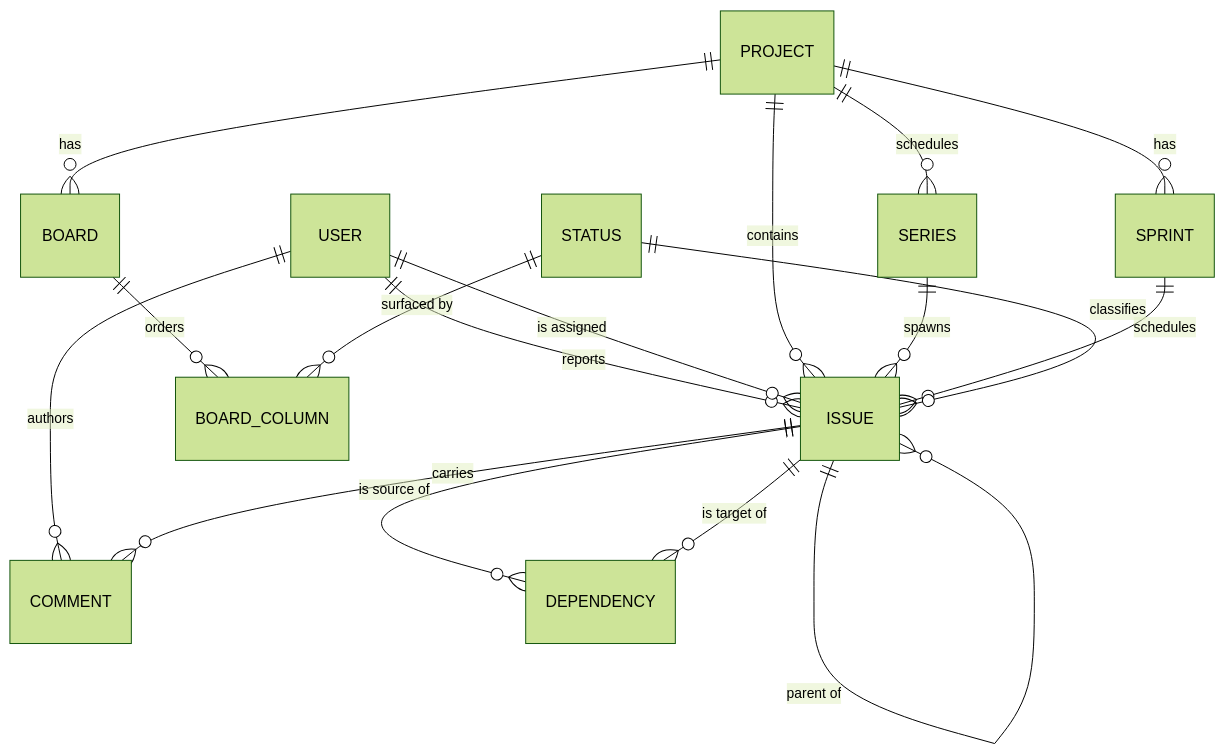
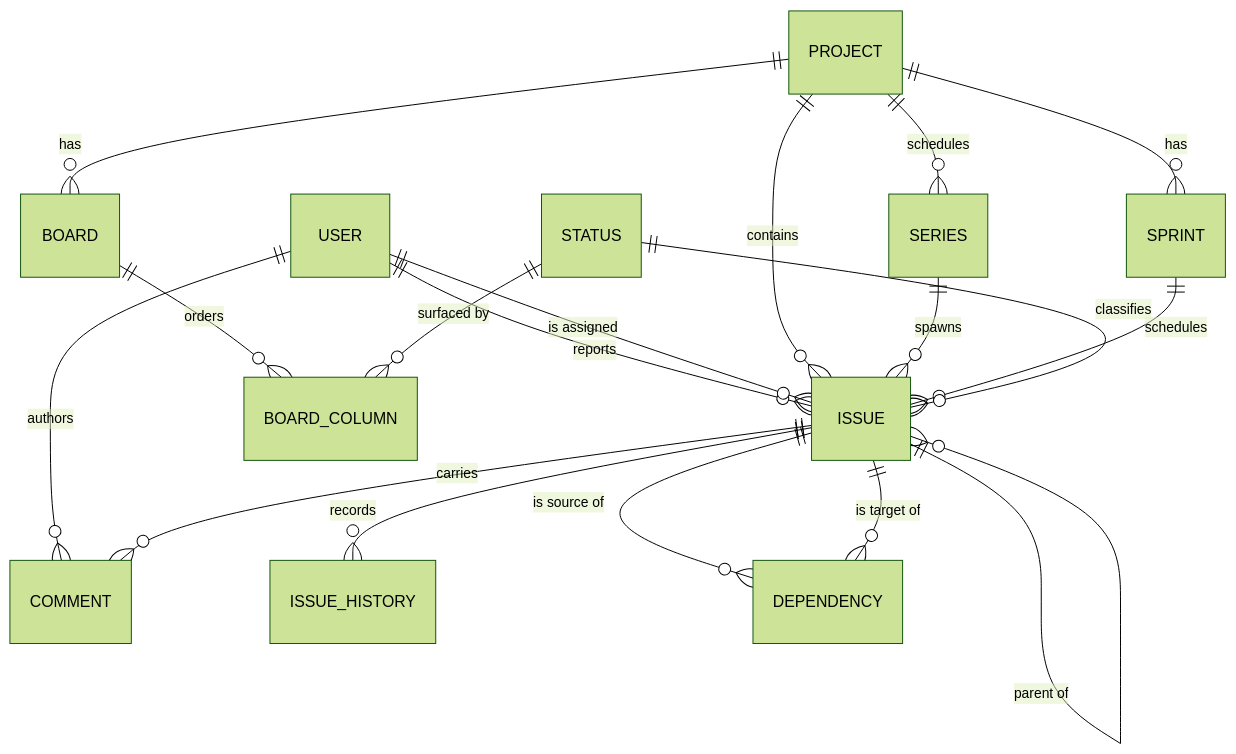
One commit to Mathotics/Keel changed the diagram in docs/architecture/domain-model.md. Above: the diagram before and after it, drawn with Mermaid (forest theme). The commit also changed other lines of this file and 30 other files, not shown here.

````diff
--- a/docs/architecture/domain-model.md
+++ b/docs/architecture/domain-model.md
@@ -9,23 +9,24 @@
 ```mermaid
 erDiagram
   USER ||--o{ ISSUE : "reports"
   USER ||--o{ ISSUE : "is assigned"
   USER ||--o{ COMMENT : "authors"
 
   PROJECT ||--o{ ISSUE : "contains"
   PROJECT ||--o{ BOARD : "has"
   PROJECT ||--o{ SPRINT : "has"
   PROJECT ||--o{ SERIES : "schedules"
   SERIES ||--o{ ISSUE : "spawns"
 
   ISSUE ||--o{ ISSUE : "parent of"
   SPRINT ||--o{ ISSUE : "schedules"
   STATUS ||--o{ ISSUE : "classifies"
   ISSUE ||--o{ COMMENT : "carries"
+  ISSUE ||--o{ ISSUE_HISTORY : "records"
 
   BOARD ||--o{ BOARD_COLUMN : "orders"
   STATUS ||--o{ BOARD_COLUMN : "surfaced by"
 
   ISSUE ||--o{ DEPENDENCY : "is source of"
   ISSUE ||--o{ DEPENDENCY : "is target of"
 ```
````
